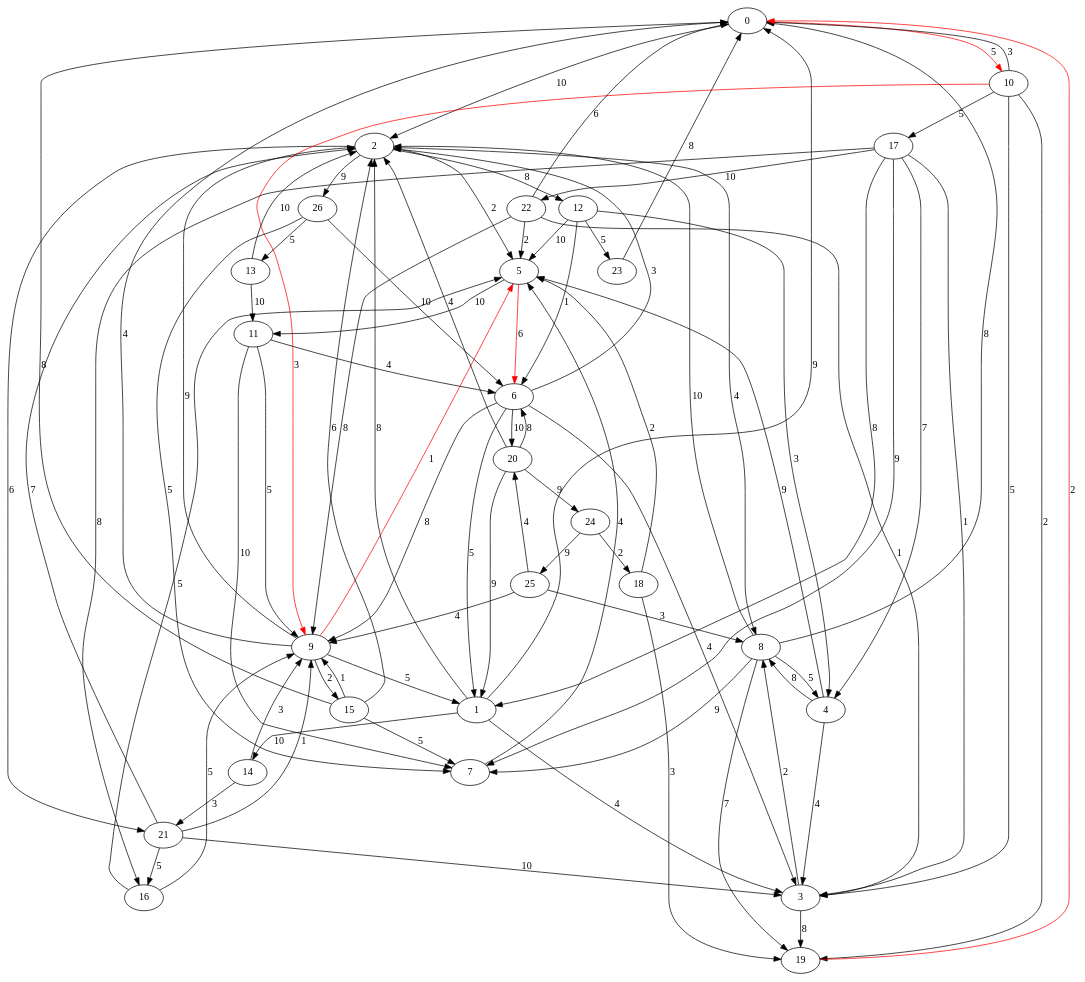
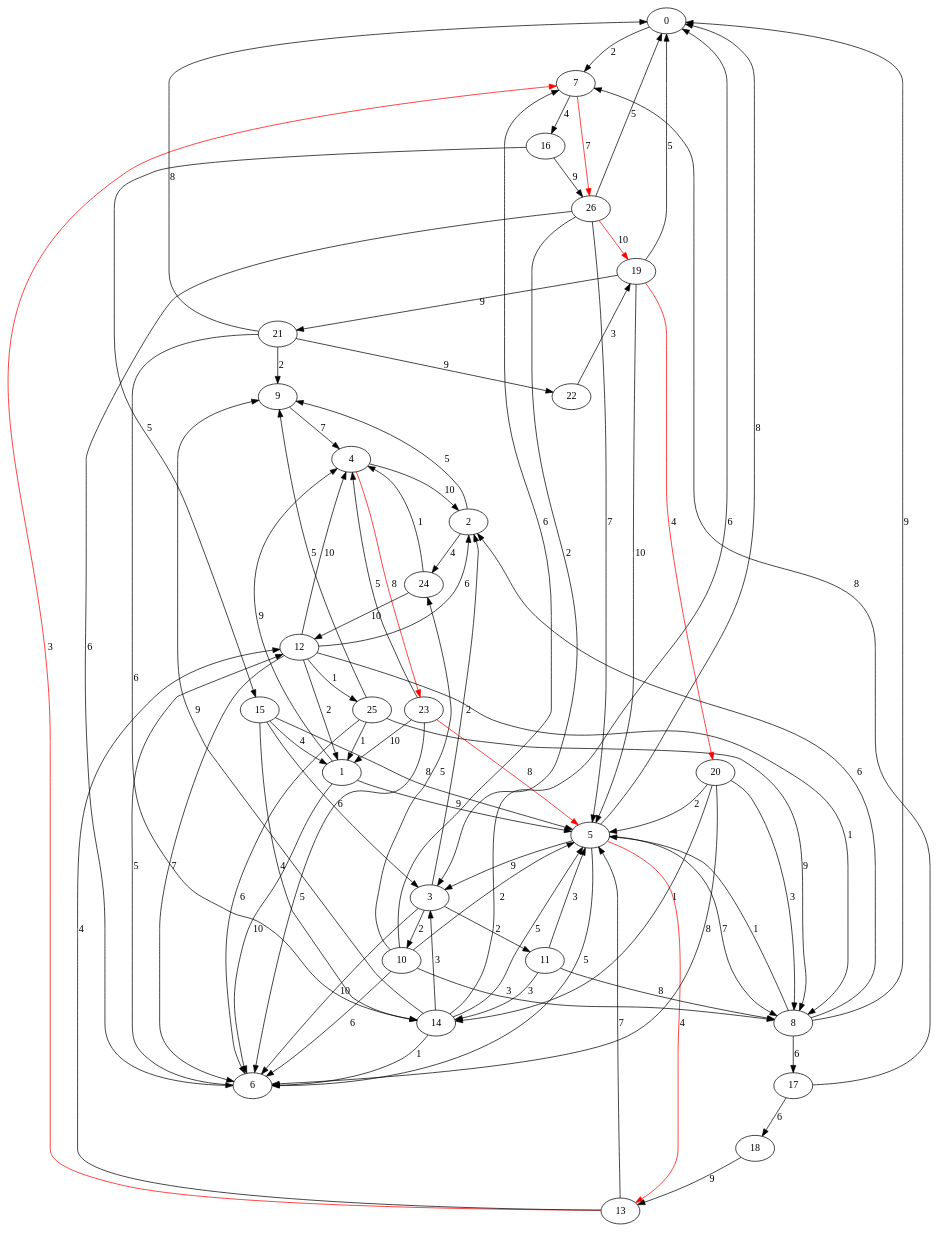
The diagram in output/caminho.dot (CycleWs/airways-graphs), drawn with Graphviz before and after one commit. The commit also changed 7 other files, not shown here.

```diff
--- a/output/caminho.dot
+++ b/output/caminho.dot
@@ -1,88 +1,86 @@
 digraph {
-0 -> 2 [label=10];
-0 -> 10 [label=5 color=red];
-1 -> 0 [label=9];
-1 -> 2 [label=8];
-1 -> 3 [label=4];
-1 -> 14 [label=10];
-2 -> 5 [label=2];
-2 -> 8 [label=4];
-2 -> 12 [label=8];
-2 -> 21 [label=6];
-2 -> 26 [label=9];
-3 -> 8 [label=2];
-3 -> 19 [label=8];
-4 -> 3 [label=4];
-4 -> 5 [label=9];
-4 -> 8 [label=8];
-5 -> 6 [label=6 color=red];
-5 -> 11 [label=10];
-6 -> 1 [label=5];
-6 -> 2 [label=3];
-6 -> 3 [label=4];
-6 -> 9 [label=8];
-6 -> 20 [label=10];
-7 -> 5 [label=4];
-8 -> 0 [label=8];
-8 -> 2 [label=10];
-8 -> 4 [label=5];
-8 -> 7 [label=9];
-8 -> 19 [label=7];
-9 -> 0 [label=4];
-9 -> 1 [label=5];
-9 -> 2 [label=9];
-9 -> 5 [label=1 color=red];
-9 -> 15 [label=2];
-10 -> 0 [label=3];
-10 -> 3 [label=5];
-10 -> 9 [label=3 color=red];
-10 -> 17 [label=5];
-10 -> 19 [label=2];
-11 -> 6 [label=4];
-11 -> 7 [label=10];
-11 -> 9 [label=5];
-12 -> 4 [label=3];
-12 -> 5 [label=10];
-12 -> 6 [label=1];
-12 -> 23 [label=5];
-13 -> 2 [label=10];
-13 -> 11 [label=10];
-14 -> 9 [label=3];
-14 -> 21 [label=3];
-15 -> 0 [label=8];
-15 -> 2 [label=6];
-15 -> 7 [label=5];
-15 -> 9 [label=1];
-16 -> 5 [label=5];
-16 -> 9 [label=5];
-17 -> 1 [label=8];
-17 -> 3 [label=1];
-17 -> 4 [label=7];
-17 -> 7 [label=9];
-17 -> 16 [label=8];
-17 -> 22 [label=10];
-18 -> 5 [label=2];
-18 -> 19 [label=3];
-19 -> 0 [label=2 color=red];
-20 -> 1 [label=9];
-20 -> 2 [label=4];
+0 -> 7 [label=2];
+1 -> 4 [label=9];
+1 -> 5 [label=9];
+1 -> 6 [label=10];
+2 -> 9 [label=5];
+2 -> 24 [label=4];
+3 -> 2 [label=2];
+3 -> 6 [label=10];
+3 -> 10 [label=2];
+3 -> 11 [label=2];
+4 -> 2 [label=10];
+4 -> 23 [label=8 color=red];
+5 -> 0 [label=8];
+5 -> 3 [label=9];
+5 -> 6 [label=5];
+5 -> 8 [label=7];
+5 -> 13 [label=4 color=red];
+6 -> 12 [label=5];
+7 -> 16 [label=4];
+7 -> 26 [label=7 color=red];
+8 -> 0 [label=9];
+8 -> 2 [label=6];
+8 -> 5 [label=1];
+8 -> 17 [label=6];
+9 -> 4 [label=7];
+10 -> 5 [label=2];
+10 -> 6 [label=6];
+10 -> 7 [label=6];
+10 -> 8 [label=3];
+10 -> 24 [label=5];
+11 -> 5 [label=3];
+11 -> 8 [label=8];
+11 -> 14 [label=3];
+12 -> 1 [label=2];
+12 -> 2 [label=6];
+12 -> 4 [label=10];
+12 -> 6 [label=7];
+12 -> 8 [label=1];
+12 -> 25 [label=1];
+13 -> 5 [label=7];
+13 -> 7 [label=3 color=red];
+13 -> 12 [label=4];
+14 -> 0 [label=6];
+14 -> 3 [label=3];
+14 -> 5 [label=5];
+14 -> 6 [label=1];
+14 -> 9 [label=9];
+15 -> 1 [label=4];
+15 -> 3 [label=6];
+15 -> 5 [label=8];
+15 -> 14 [label=4];
+16 -> 15 [label=5];
+16 -> 26 [label=9];
+17 -> 7 [label=8];
+17 -> 18 [label=6];
+18 -> 13 [label=9];
+19 -> 0 [label=5];
+19 -> 5 [label=10];
+19 -> 20 [label=4 color=red];
+19 -> 21 [label=9];
+20 -> 5 [label=2];
 20 -> 6 [label=8];
-20 -> 24 [label=9];
-21 -> 2 [label=7];
-21 -> 3 [label=10];
-21 -> 9 [label=1];
-21 -> 16 [label=5];
-22 -> 0 [label=6];
-22 -> 3 [label=1];
-22 -> 5 [label=2];
-22 -> 9 [label=8];
-23 -> 0 [label=8];
-24 -> 18 [label=2];
-24 -> 25 [label=9];
-25 -> 8 [label=3];
-25 -> 9 [label=4];
-25 -> 20 [label=4];
-26 -> 6 [label=10];
-26 -> 7 [label=5];
-26 -> 13 [label=5];
+20 -> 8 [label=3];
+20 -> 14 [label=1];
+21 -> 0 [label=8];
+21 -> 9 [label=2];
+21 -> 14 [label=6];
+21 -> 22 [label=9];
+22 -> 19 [label=3];
+23 -> 1 [label=10];
+23 -> 4 [label=5];
+23 -> 5 [label=8 color=red];
+23 -> 6 [label=5];
+24 -> 4 [label=1];
+24 -> 12 [label=10];
+25 -> 1 [label=1];
+25 -> 6 [label=6];
+25 -> 8 [label=9];
+25 -> 9 [label=5];
+26 -> 0 [label=5];
+26 -> 3 [label=2];
+26 -> 5 [label=7];
+26 -> 6 [label=6];
+26 -> 19 [label=10 color=red];
 }
```
